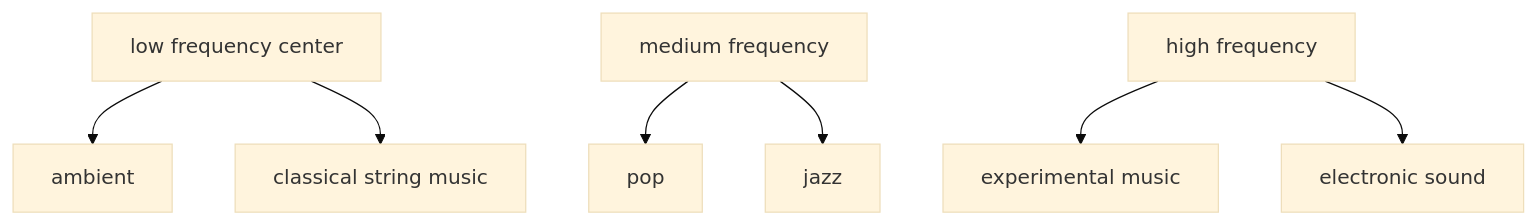
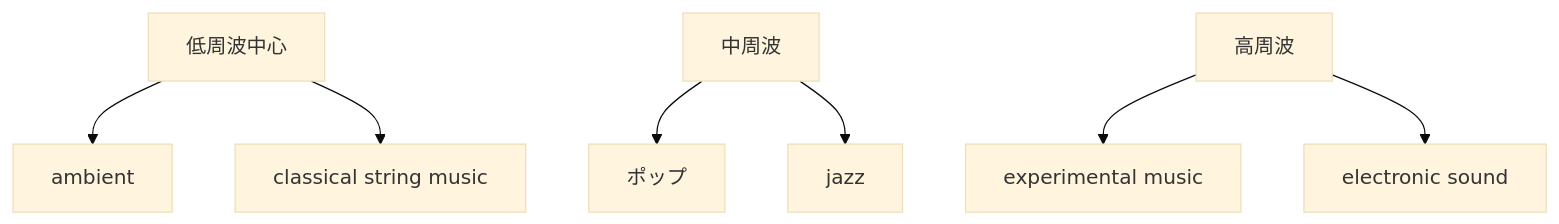
One commit to monumental-movement/monumental-movement.github.io changed the fifth of 5 diagrams in en/_posts/2026-04-11-column-dog-cat-music.md. Above: the diagram before and after it, drawn with Mermaid (base theme). The commit also changed other lines of this file and 1012 other files, not shown here.

```diff
--- a/en/_posts/2026-04-11-column-dog-cat-music.md
+++ b/en/_posts/2026-04-11-column-dog-cat-music.md
@@ -324,9 +324,9 @@
 <div class="mermaid">
 graph TD
-A[low frequency center] --> B[ambient]
+A[低周波中心] --> B[ambient]
 A --> C[classical string music]
-D[medium frequency] --> E[pop]
+D[中周波] --> E[ポップ]
 D --> F[jazz]
-G[high frequency] --> H[experimental music]
+G[高周波] --> H[experimental music]
 G --> I[electronic sound]
 </div>
```
